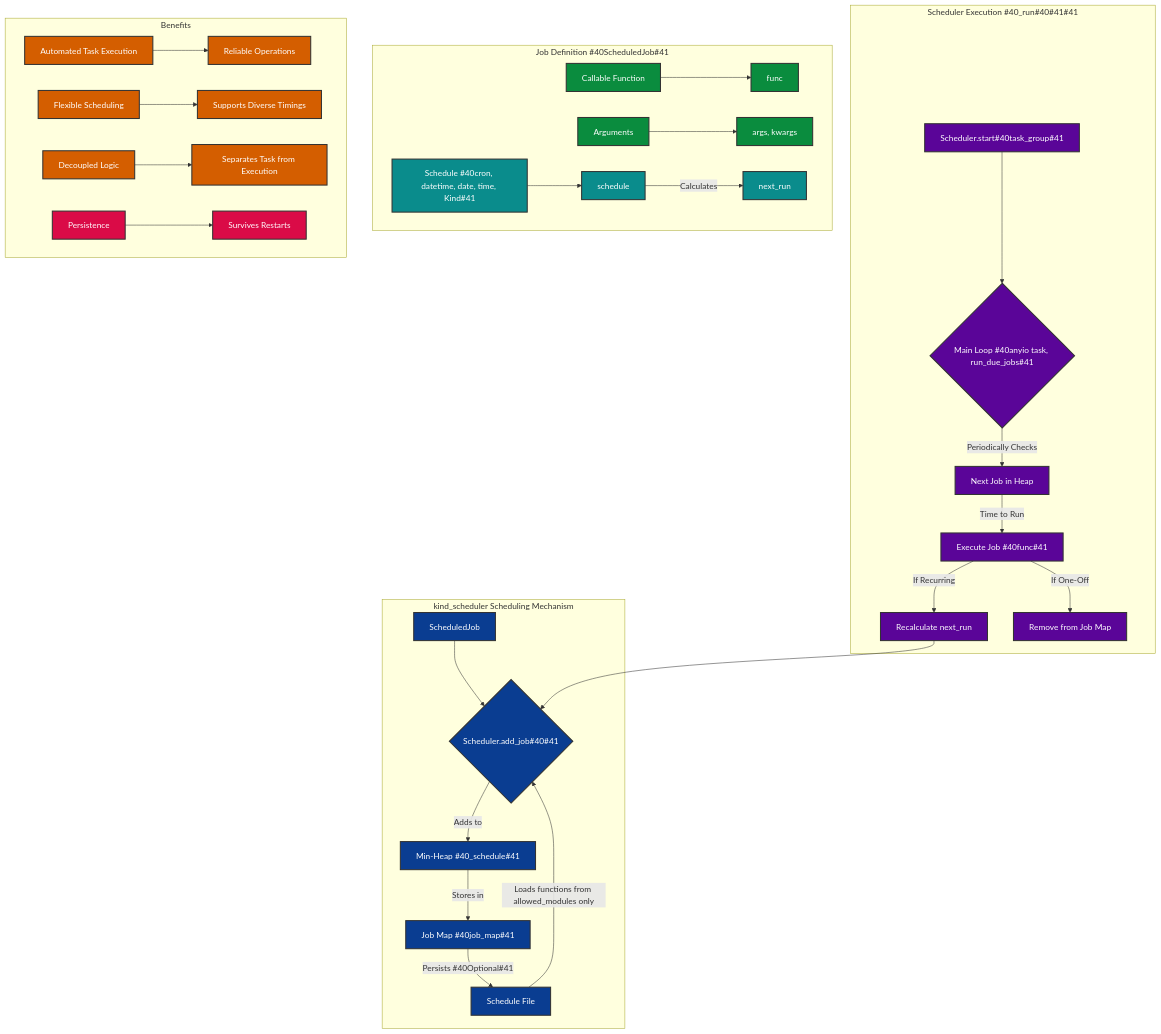
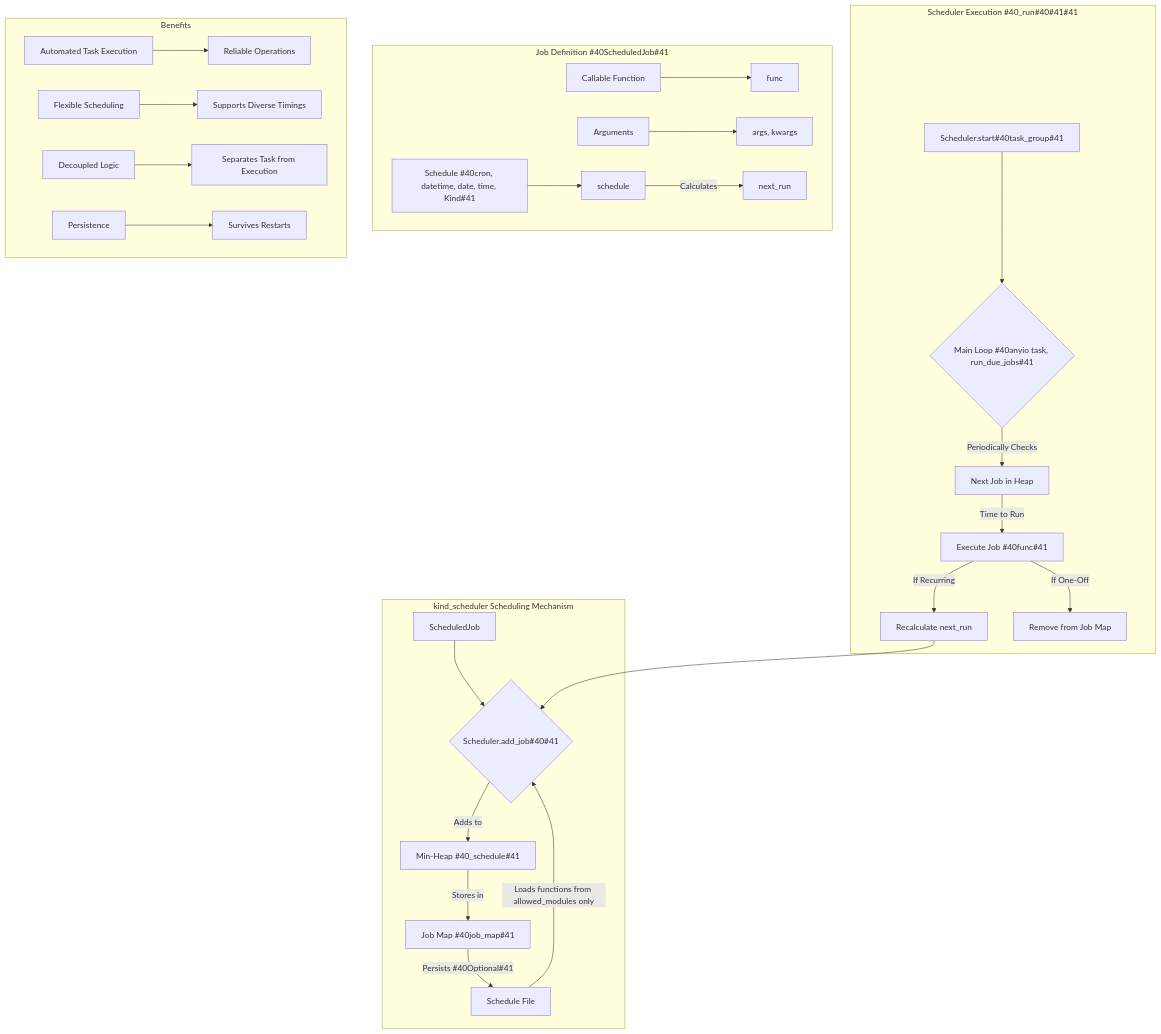
Before and after one commit to ikko/kind: the diagram in scheduler/docs/topic_scheduling/scheduling_flow.mmd, drawn with Mermaid. The commit also changed 99 other files, not shown here.

```diff
--- a/scheduler/docs/topic_scheduling/scheduling_flow.mmd
+++ b/scheduler/docs/topic_scheduling/scheduling_flow.mmd
@@ -1,67 +1,31 @@
 graph
     subgraph "kind_scheduler Scheduling Mechanism"
         A[ScheduledJob] --> B{Scheduler.add_job#40#41};
         B -- "Adds to" --> C[Min-Heap #40_schedule#41];
         C -- "Stores in" --> D[Job Map #40job_map#41];
         D -- "Persists #40Optional#41" --> E[Schedule File];
         E -- "Loads functions from allowed_modules only" --> B;
     end
 
     subgraph "Scheduler Execution #40_run#40#41#41"
         F[Scheduler.start#40task_group#41] --> G{Main Loop #40anyio task, run_due_jobs#41};
         G -- "Periodically Checks" --> H[Next Job in Heap];
         H -- "Time to Run" --> I[Execute Job #40func#41];
         I -- "If Recurring" --> J[Recalculate next_run];
         J --> B;
         I -- "If One-Off" --> K[Remove from Job Map];
     end
 
     subgraph "Job Definition #40ScheduledJob#41"
         L[Callable Function] --> M[func];
         N[Arguments] --> O[args, kwargs];
         P[Schedule #40cron, datetime, date, time, Kind#41] --> Q[schedule];
         Q -- "Calculates" --> R[next_run];
     end
 
     subgraph "Benefits"
         S[Automated Task Execution] --> T[Reliable Operations];
         U[Flexible Scheduling] --> V[Supports Diverse Timings];
         W[Decoupled Logic] --> X[Separates Task from Execution];
         Y[Persistence] --> Z[Survives Restarts];
     end
-
-    %% Core Scheduling Mechanism - Dark blue theme
-    style A fill:#0a3d91,stroke:#333,stroke-width:2px,color:#FFFFFF;
-    style B fill:#0a3d91,stroke:#333,stroke-width:2px,color:#FFFFFF;
-    style C fill:#0a3d91,stroke:#333,stroke-width:2px,color:#FFFFFF;
-    style D fill:#0a3d91,stroke:#333,stroke-width:2px,color:#FFFFFF;
-    style E fill:#0a3d91,stroke:#333,stroke-width:2px,color:#FFFFFF;
-    
-    %% Execution Flow - Purple theme
-    style F fill:#5a0598,stroke:#333,stroke-width:2px,color:#FFFFFF;
-    style G fill:#5a0598,stroke:#333,stroke-width:2px,color:#FFFFFF;
-    style H fill:#5a0598,stroke:#333,stroke-width:2px,color:#FFFFFF;
-    style I fill:#5a0598,stroke:#333,stroke-width:2px,color:#FFFFFF;
-    style J fill:#5a0598,stroke:#333,stroke-width:2px,color:#FFFFFF;
-    style K fill:#5a0598,stroke:#333,stroke-width:2px,color:#FFFFFF;
-    
-    %% Job Definition - Green theme
-    style L fill:#0a8c3e,stroke:#333,stroke-width:2px,color:#FFFFFF;
-    style M fill:#0a8c3e,stroke:#333,stroke-width:2px,color:#FFFFFF;
-    style N fill:#0a8c3e,stroke:#333,stroke-width:2px,color:#FFFFFF;
-    style O fill:#0a8c3e,stroke:#333,stroke-width:2px,color:#FFFFFF;
-    
-    %% Schedule-related - Teal theme
-    style P fill:#0a8c8c,stroke:#333,stroke-width:2px,color:#FFFFFF;
-    style Q fill:#0a8c8c,stroke:#333,stroke-width:2px,color:#FFFFFF;
-    style R fill:#0a8c8c,stroke:#333,stroke-width:2px,color:#FFFFFF;
-    
-    %% Benefits - Orange/Red theme
-    style S fill:#d45e00,stroke:#333,stroke-width:2px,color:#FFFFFF;
-    style T fill:#d45e00,stroke:#333,stroke-width:2px,color:#FFFFFF;
-    style U fill:#d45e00,stroke:#333,stroke-width:2px,color:#FFFFFF;
-    style V fill:#d45e00,stroke:#333,stroke-width:2px,color:#FFFFFF;
-    style W fill:#d45e00,stroke:#333,stroke-width:2px,color:#FFFFFF;
-    style X fill:#d45e00,stroke:#333,stroke-width:2px,color:#FFFFFF;
-    style Y fill:#da0b47,stroke:#333,stroke-width:2px,color:#FFFFFF;
-    style Z fill:#da0b47,stroke:#333,stroke-width:2px,color:#FFFFFF;
```
